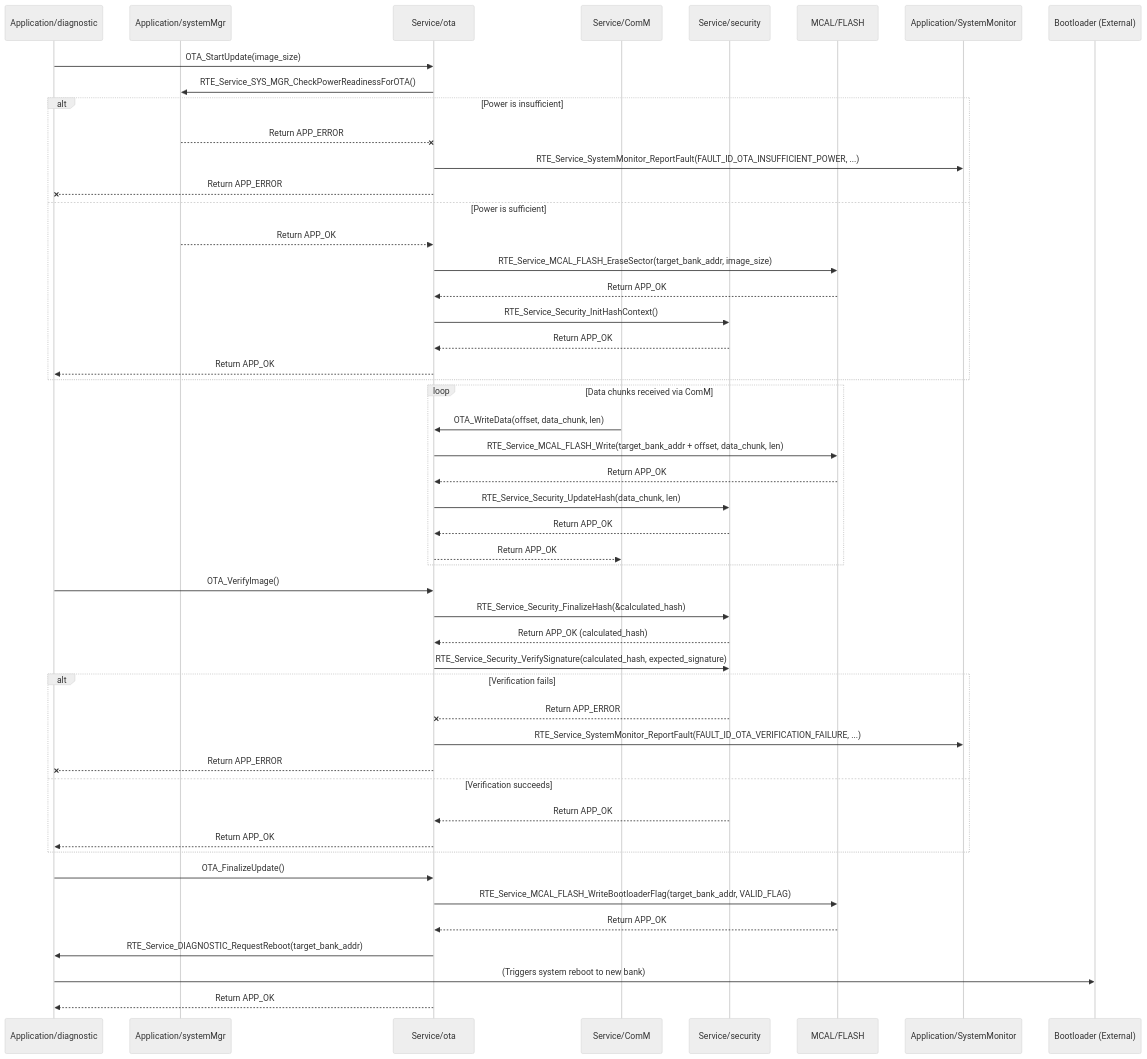
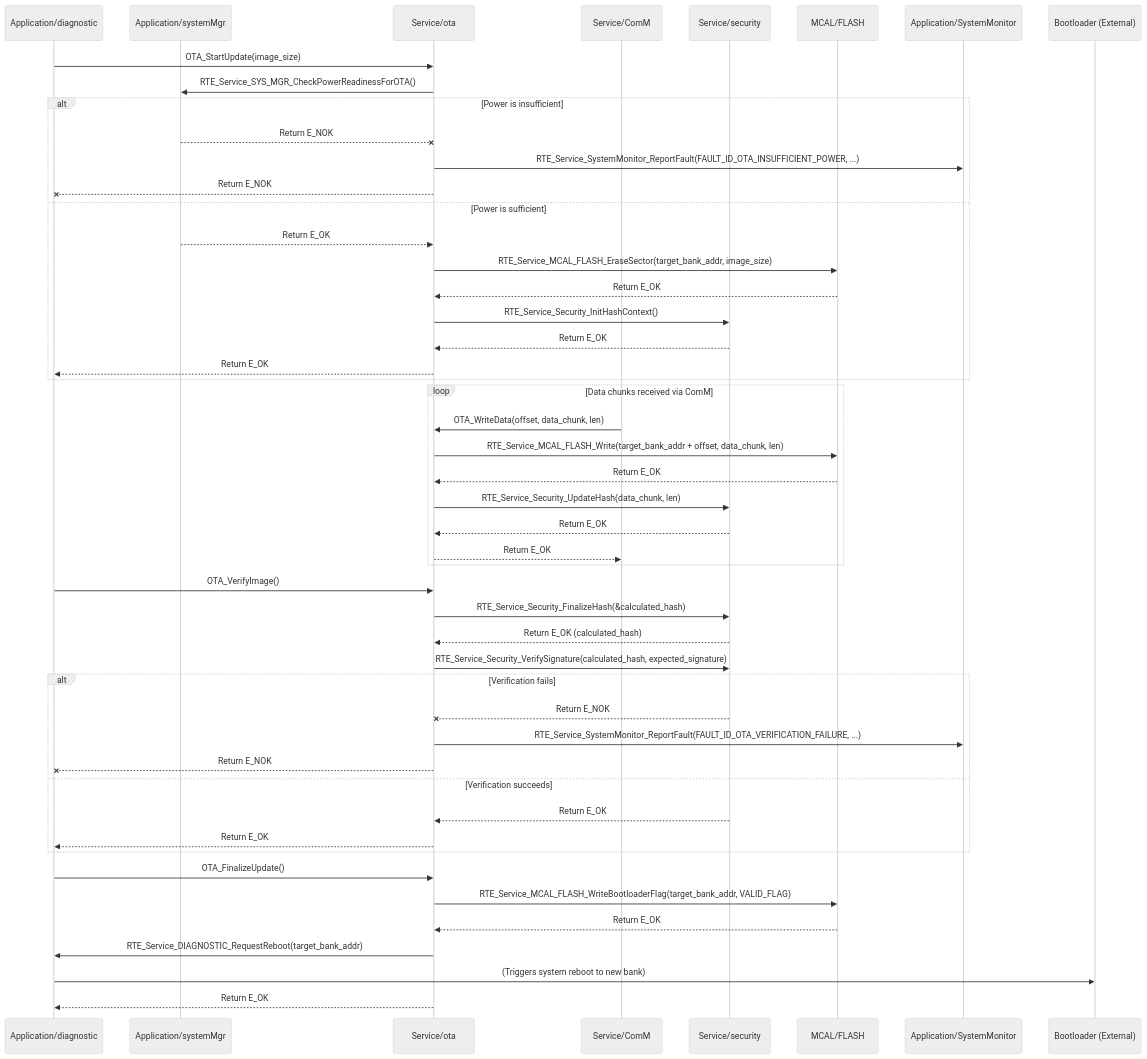
The diagram in Requiremets/Design/Service/OTA.md (ashaker-2/Platform), drawn with Mermaid (neutral theme) before and after one commit. The commit also changed other lines of this file and 716 other files, not shown here.

````diff
--- a/Requiremets/Design/Service/OTA.md
+++ b/Requiremets/Design/Service/OTA.md
@@ -238,55 +238,55 @@
 ```mermaid
 sequenceDiagram  
     participant Diagnostic as Application/diagnostic  
     participant SystemMgr as Application/systemMgr  
     participant OTA as Service/ota  
     participant ComM as Service/ComM  
     participant Security as Service/security  
     participant MCAL_FLASH as MCAL/FLASH  
     participant SystemMonitor as Application/SystemMonitor  
     participant Bootloader as Bootloader (External)
 
     Diagnostic->>OTA: OTA_StartUpdate(image_size)  
     OTA->>SystemMgr: RTE_Service_SYS_MGR_CheckPowerReadinessForOTA()  
     alt Power is insufficient  
-        SystemMgr--xOTA: Return APP_ERROR  
+        SystemMgr--xOTA: Return E_NOK  
         OTA->>SystemMonitor: RTE_Service_SystemMonitor_ReportFault(FAULT_ID_OTA_INSUFFICIENT_POWER, ...)  
-        OTA--xDiagnostic: Return APP_ERROR  
+        OTA--xDiagnostic: Return E_NOK  
     else Power is sufficient  
-        SystemMgr-->>OTA: Return APP_OK  
+        SystemMgr-->>OTA: Return E_OK  
         OTA->>MCAL_FLASH: RTE_Service_MCAL_FLASH_EraseSector(target_bank_addr, image_size)  
-        MCAL_FLASH-->>OTA: Return APP_OK  
+        MCAL_FLASH-->>OTA: Return E_OK  
         OTA->>Security: RTE_Service_Security_InitHashContext()  
-        Security-->>OTA: Return APP_OK  
-        OTA-->>Diagnostic: Return APP_OK  
+        Security-->>OTA: Return E_OK  
+        OTA-->>Diagnostic: Return E_OK  
     end
 
     loop Data chunks received via ComM  
         ComM->>OTA: OTA_WriteData(offset, data_chunk, len)  
         OTA->>MCAL_FLASH: RTE_Service_MCAL_FLASH_Write(target_bank_addr + offset, data_chunk, len)  
-        MCAL_FLASH-->>OTA: Return APP_OK  
+        MCAL_FLASH-->>OTA: Return E_OK  
         OTA->>Security: RTE_Service_Security_UpdateHash(data_chunk, len)  
-        Security-->>OTA: Return APP_OK  
-        OTA-->>ComM: Return APP_OK  
+        Security-->>OTA: Return E_OK  
+        OTA-->>ComM: Return E_OK  
     end
 
     Diagnostic->>OTA: OTA_VerifyImage()  
     OTA->>Security: RTE_Service_Security_FinalizeHash(&calculated_hash)  
-    Security-->>OTA: Return APP_OK (calculated_hash)  
+    Security-->>OTA: Return E_OK (calculated_hash)  
     OTA->>Security: RTE_Service_Security_VerifySignature(calculated_hash, expected_signature)  
     alt Verification fails  
-        Security--xOTA: Return APP_ERROR  
+        Security--xOTA: Return E_NOK  
         OTA->>SystemMonitor: RTE_Service_SystemMonitor_ReportFault(FAULT_ID_OTA_VERIFICATION_FAILURE, ...)  
-        OTA--xDiagnostic: Return APP_ERROR  
+        OTA--xDiagnostic: Return E_NOK  
     else Verification succeeds  
-        Security-->>OTA: Return APP_OK  
-        OTA-->>Diagnostic: Return APP_OK  
+        Security-->>OTA: Return E_OK  
+        OTA-->>Diagnostic: Return E_OK  
     end
 
     Diagnostic->>OTA: OTA_FinalizeUpdate()  
     OTA->>MCAL_FLASH: RTE_Service_MCAL_FLASH_WriteBootloaderFlag(target_bank_addr, VALID_FLAG)  
-    MCAL_FLASH-->>OTA: Return APP_OK  
+    MCAL_FLASH-->>OTA: Return E_OK  
     OTA->>Diagnostic: RTE_Service_DIAGNOSTIC_RequestReboot(target_bank_addr)  
     Diagnostic->>Bootloader: (Triggers system reboot to new bank)  
-    OTA-->>Diagnostic: Return APP_OK
+    OTA-->>Diagnostic: Return E_OK
 ```
````
